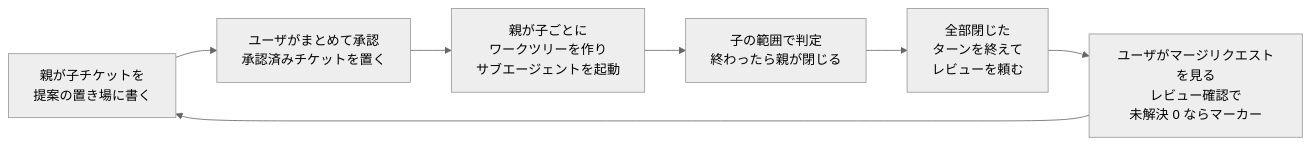
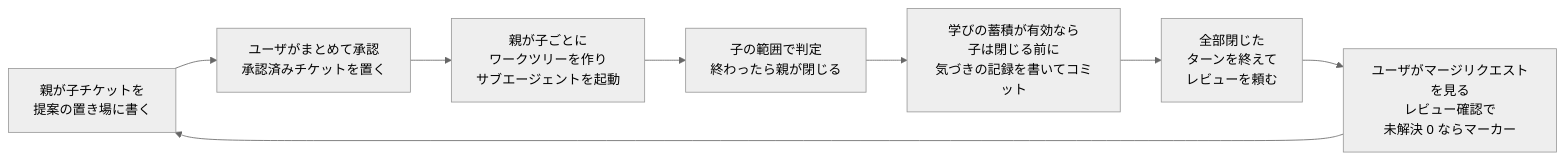
One commit to yuki-matsu783/ccnavi changed the fourth of 4 diagrams in docs/requirements/flows.md. Above: the diagram before and after it, drawn with Mermaid (neutral theme). The commit also changed 23 other files, not shown here.

````diff
--- a/docs/requirements/flows.md
+++ b/docs/requirements/flows.md
@@ -46,9 +46,9 @@
 ```mermaid
 flowchart LR
   A[親が子チケットを<br/>提案の置き場に書く] --> B[ユーザがまとめて承認<br/>承認済みチケットを置く]
   B --> C[親が子ごとに<br/>ワークツリーを作り<br/>サブエージェントを起動]
   C --> D[子の範囲で判定<br/>終わったら親が閉じる]
-  D --> E[全部閉じた<br/>ターンを終えて<br/>レビューを頼む]
+  D --> L[学びの蓄積が有効なら<br/>子は閉じる前に<br/>気づきの記録を書いてコミット] --> E[全部閉じた<br/>ターンを終えて<br/>レビューを頼む]
   E --> F[ユーザがマージリクエストを見る<br/>レビュー確認で<br/>未解決 0 ならマーカー]
   F --> A
 ```
````
